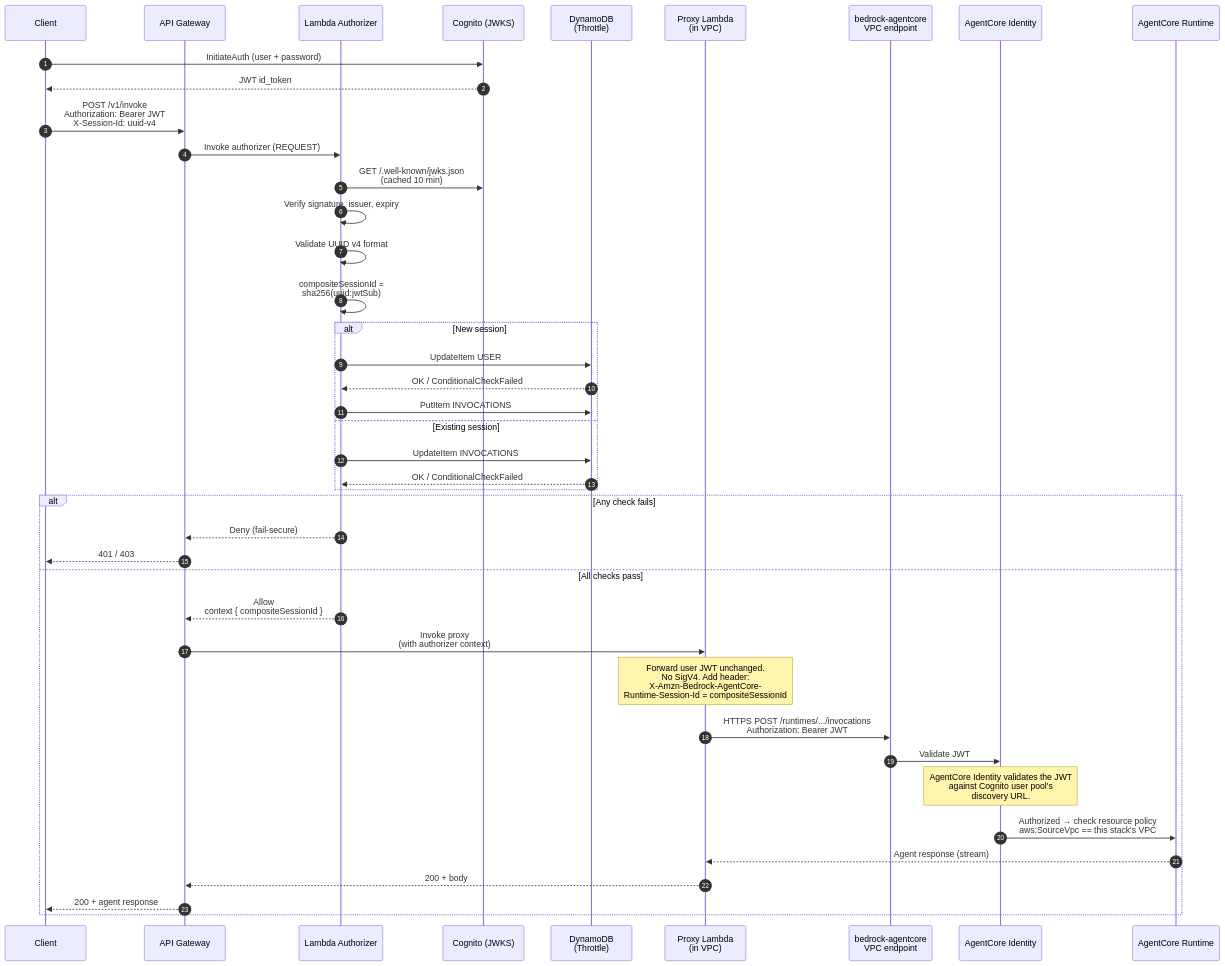
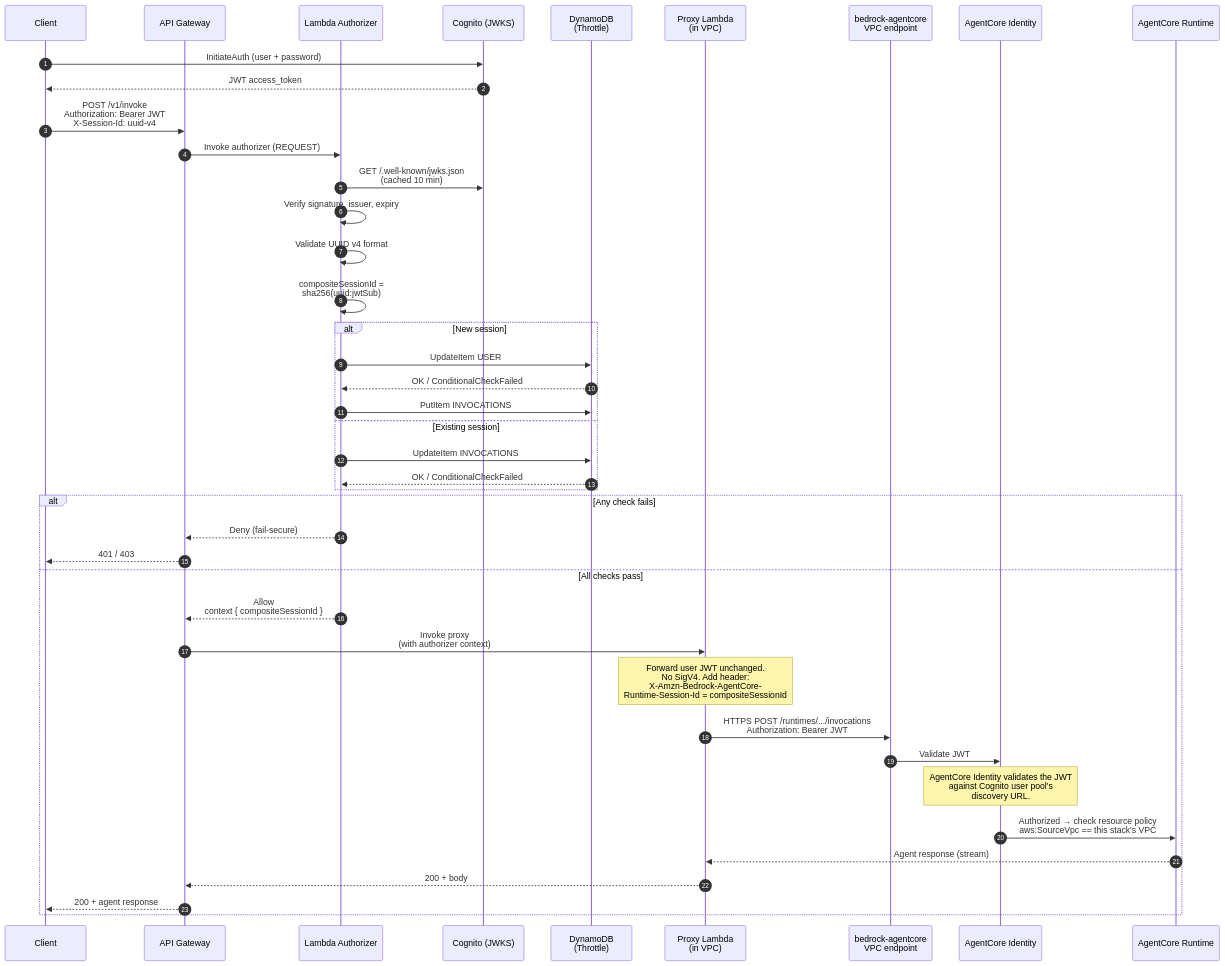
One commit to aws-samples/sample-expose-agentcore-via-api-gateway changed the diagram in README.md. Above: the diagram before and after it, drawn with Mermaid. The commit also changed other lines of this file and 4 other files, not shown here.

````diff
--- a/README.md
+++ b/README.md
@@ -13,48 +13,48 @@
 ```mermaid
 sequenceDiagram
     autonumber
     participant C as Client
     participant G as API Gateway
     participant A as Lambda Authorizer
     participant K as Cognito (JWKS)
     participant D as DynamoDB<br/>(Throttle)
     participant P as Proxy Lambda<br/>(in VPC)
     participant V as bedrock-agentcore<br/>VPC endpoint
     participant I as AgentCore Identity
     participant R as AgentCore Runtime
 
     C->>K: InitiateAuth (user + password)
-    K-->>C: JWT id_token
+    K-->>C: JWT access_token
     C->>G: POST /v1/invoke<br/>Authorization: Bearer JWT<br/>X-Session-Id: uuid-v4
     G->>A: Invoke authorizer (REQUEST)
 
     A->>K: GET /.well-known/jwks.json<br/>(cached 10 min)
     A->>A: Verify signature, issuer, expiry
     A->>A: Validate UUID v4 format
     A->>A: compositeSessionId =<br/>sha256(uuid:jwtSub)
 
     alt New session
         A->>D: UpdateItem USER#sub<br/>condition: sessionCount < MAX
         D-->>A: OK / ConditionalCheckFailed
         A->>D: PutItem INVOCATIONS#hash<br/>counter = 1
     else Existing session
         A->>D: UpdateItem INVOCATIONS#hash<br/>condition: invocationCount < MAX
         D-->>A: OK / ConditionalCheckFailed
     end
 
     alt Any check fails
         A-->>G: Deny (fail-secure)
         G-->>C: 401 / 403
     else All checks pass
         A-->>G: Allow<br/>context { compositeSessionId }
         G->>P: Invoke proxy<br/>(with authorizer context)
         Note over P: Forward user JWT unchanged.<br/>No SigV4. Add header:<br/>X-Amzn-Bedrock-AgentCore-<br/>Runtime-Session-Id = compositeSessionId
         P->>V: HTTPS POST /runtimes/.../invocations<br/>Authorization: Bearer JWT
         V->>I: Validate JWT
         Note over I: AgentCore Identity validates the JWT<br/>against Cognito user pool's<br/>discovery URL.
         I->>R: Authorized → check resource policy<br/>aws:SourceVpc == this stack's VPC
         R-->>P: Agent response (stream)
         P-->>G: 200 + body
         G-->>C: 200 + agent response
     end
 ```
````
